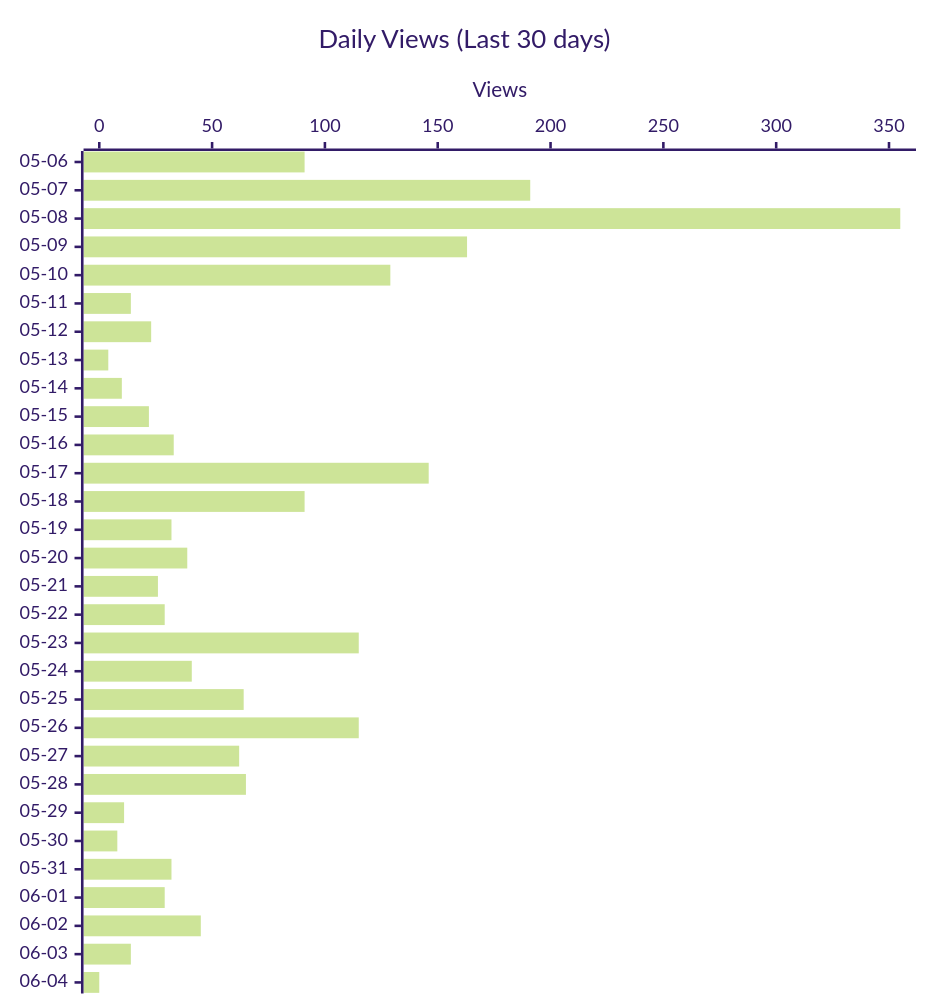
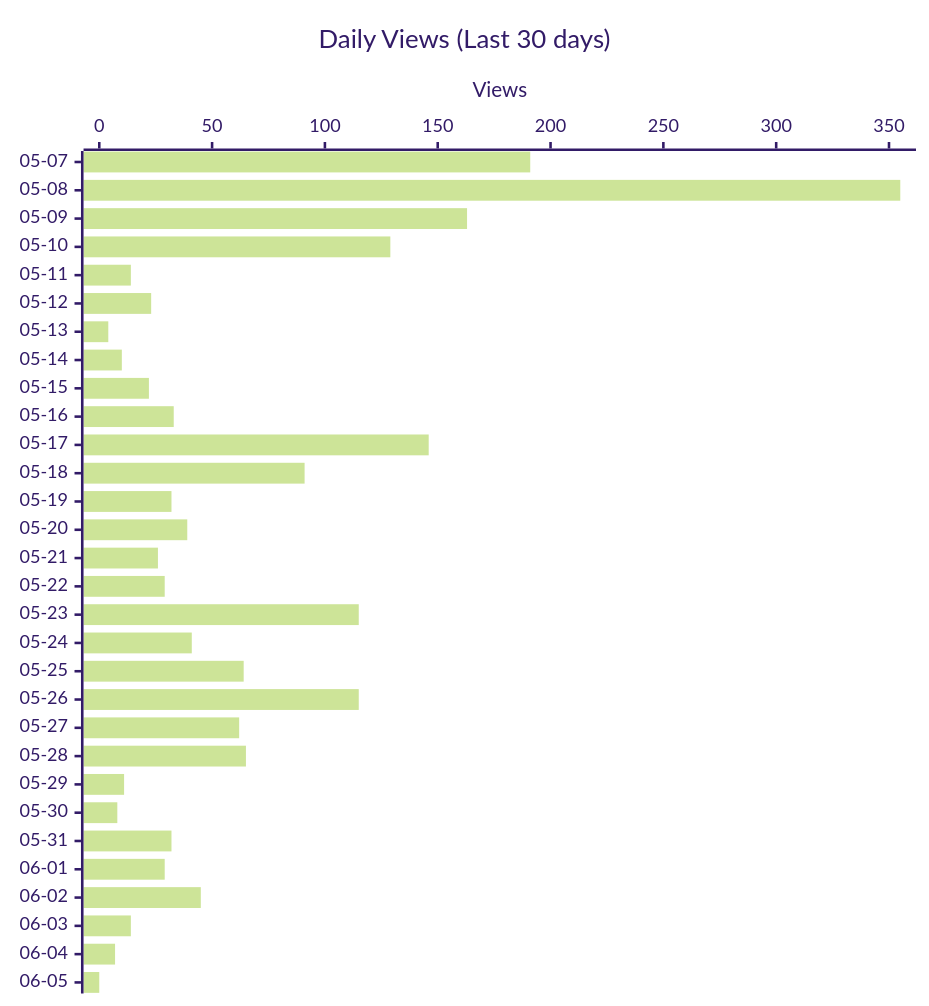
One commit to shigechika/github-insights changed the second of 3 diagrams in README.md. Above: the diagram before and after it, drawn with Mermaid (forest theme). The commit also changed other lines of this file and 2 other files, not shown here.

````diff
--- a/README.md
+++ b/README.md
@@ -28,12 +28,12 @@
 ```mermaid
 ---
 config:
   xyChart:
     height: 760
 ---
 xychart-beta horizontal
     title "Daily Views (Last 30 days)"
-    x-axis ["05-06", "05-07", "05-08", "05-09", "05-10", "05-11", "05-12", "05-13", "05-14", "05-15", "05-16", "05-17", "05-18", "05-19", "05-20", "05-21", "05-22", "05-23", "05-24", "05-25", "05-26", "05-27", "05-28", "05-29", "05-30", "05-31", "06-01", "06-02", "06-03", "06-04"]
+    x-axis ["05-07", "05-08", "05-09", "05-10", "05-11", "05-12", "05-13", "05-14", "05-15", "05-16", "05-17", "05-18", "05-19", "05-20", "05-21", "05-22", "05-23", "05-24", "05-25", "05-26", "05-27", "05-28", "05-29", "05-30", "05-31", "06-01", "06-02", "06-03", "06-04", "06-05"]
     y-axis "Views"
-    bar [91, 191, 355, 163, 129, 14, 23, 4, 10, 22, 33, 146, 91, 32, 39, 26, 29, 115, 41, 64, 115, 62, 65, 11, 8, 32, 29, 45, 14, 0]
+    bar [191, 355, 163, 129, 14, 23, 4, 10, 22, 33, 146, 91, 32, 39, 26, 29, 115, 41, 64, 115, 62, 65, 11, 8, 32, 29, 45, 14, 7, 0]
 ```
````
